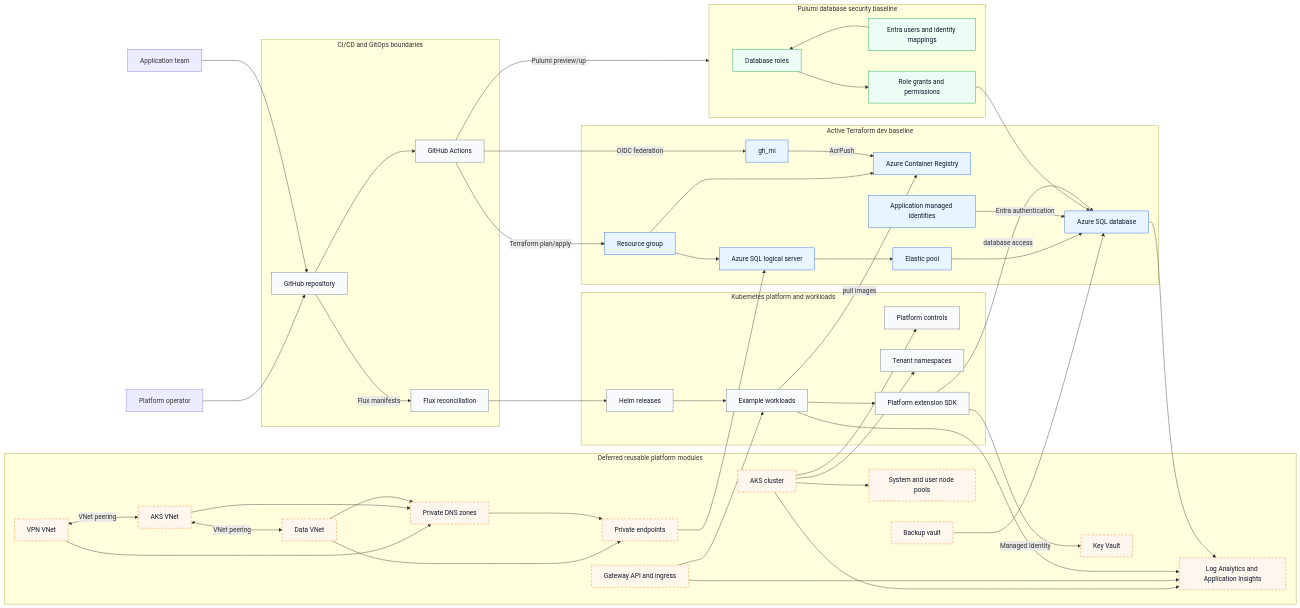
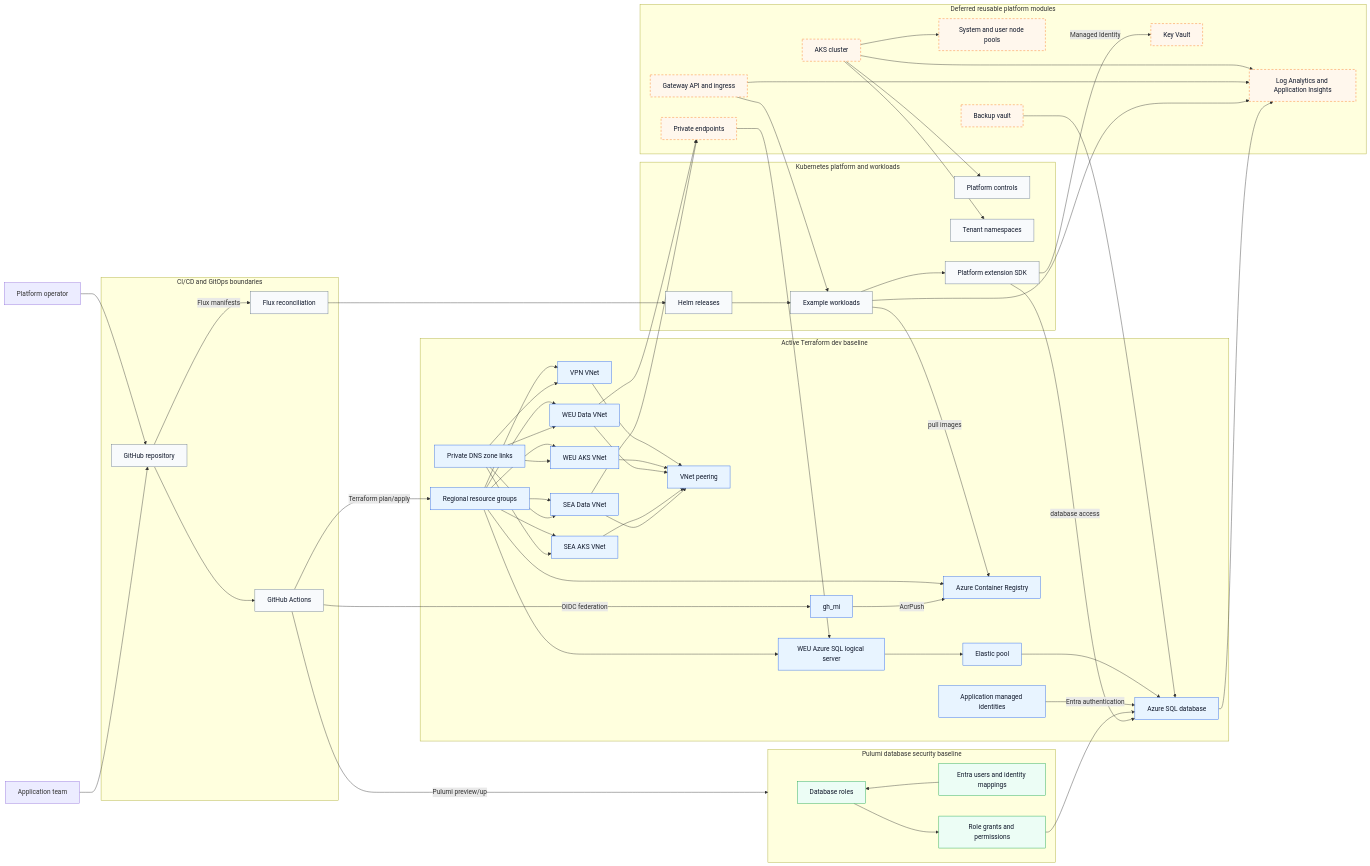
The diagram in docs/architecture.md (Legiang98/azure-aks-platform-blueprint), drawn with Mermaid before and after one commit. The commit also changed other lines of this file and 9 other files, not shown here.

Commit message:
Update portfolio architecture site

````diff
--- a/docs/architecture.md
+++ b/docs/architecture.md
@@ -44,9 +67,16 @@
   end
 
   subgraph tf_active["Active Terraform dev baseline"]
-    rg[Resource group]
+    rg[Regional resource groups]
+    vnet_vpn[VPN VNet]
+    vnet_aks_weu[WEU AKS VNet]
+    vnet_data_weu[WEU Data VNet]
+    vnet_aks_sea[SEA AKS VNet]
+    vnet_data_sea[SEA Data VNet]
+    peering[VNet peering]
+    dns[Private DNS zone links]
     acr[Azure Container Registry]
-    sql[Azure SQL logical server]
+    sql[WEU Azure SQL logical server]
     pool[Elastic pool]
     db[Azure SQL database]
     app_mi[Application managed identities]
@@ -60,11 +90,7 @@
   end
 
   subgraph deferred["Deferred reusable platform modules"]
-    vnet_vpn[VPN VNet]
-    vnet_aks[AKS VNet]
-    vnet_data[Data VNet]
     pe[Private endpoints]
-    dns[Private DNS zones]
     kv[Key Vault]
     aks[AKS cluster]
     nodepools[System and user node pools]
@@ -86,6 +112,21 @@
 
   gha -->|OIDC federation| gh_mi
   gha -->|Terraform plan/apply| rg
+  rg --> vnet_vpn
+  rg --> vnet_aks_weu
+  rg --> vnet_data_weu
+  rg --> vnet_aks_sea
+  rg --> vnet_data_sea
+  vnet_vpn --> peering
+  vnet_aks_weu --> peering
+  vnet_data_weu --> peering
+  vnet_aks_sea --> peering
+  vnet_data_sea --> peering
+  dns --> vnet_vpn
+  dns --> vnet_aks_weu
+  dns --> vnet_data_weu
+  dns --> vnet_aks_sea
+  dns --> vnet_data_sea
   rg --> acr
   rg --> sql
   sql --> pool
@@ -99,14 +140,9 @@
   db_roles --> grants
   grants --> db
 
-  vnet_vpn <-->|VNet peering| vnet_aks
-  vnet_aks <-->|VNet peering| vnet_data
-  vnet_data --> pe
+  vnet_data_weu --> pe
+  vnet_data_sea --> pe
   pe --> sql
-  dns --> pe
-  vnet_vpn --> dns
-  vnet_aks --> dns
-  vnet_data --> dns
 
   aks --> nodepools
   aks --> platform_ns
@@ -130,8 +166,8 @@
   classDef boundary fill:#f8fafc,stroke:#64748b,color:#0f172a;
   classDef security fill:#ecfdf5,stroke:#16a34a,color:#0f172a;
 
-  class rg,acr,sql,pool,db,app_mi,gh_mi active;
-  class vnet_vpn,vnet_aks,vnet_data,pe,dns,kv,aks,nodepools,gateway,monitor,backup deferred;
+  class rg,vnet_vpn,vnet_aks_weu,vnet_data_weu,vnet_aks_sea,vnet_data_sea,peering,dns,acr,sql,pool,db,app_mi,gh_mi active;
+  class pe,kv,aks,nodepools,gateway,monitor,backup deferred;
   class github,gha,flux,platform_ns,tenants,helm,workloads,sdk boundary;
   class db_roles,db_users,grants security;
 ```
````
